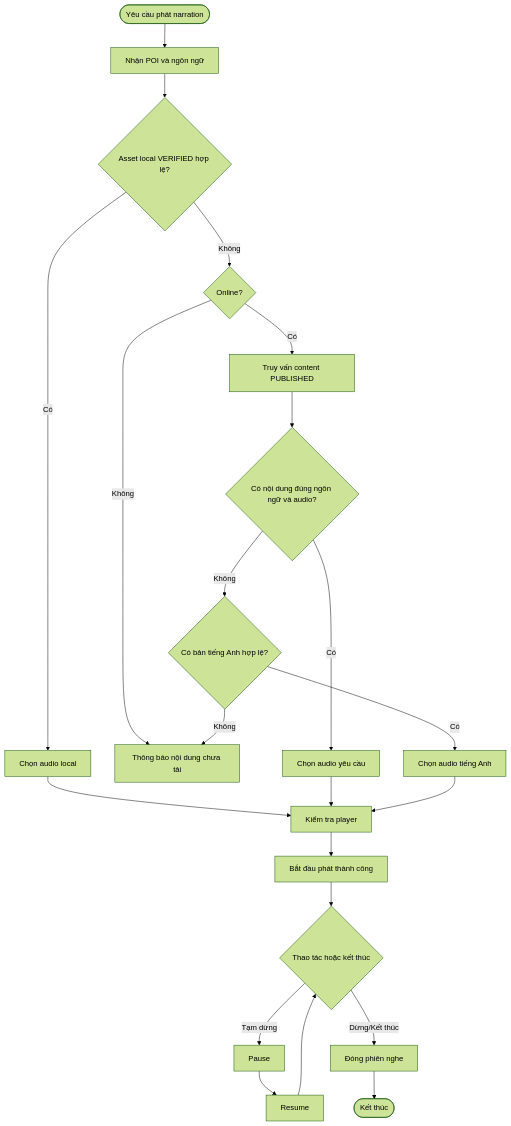
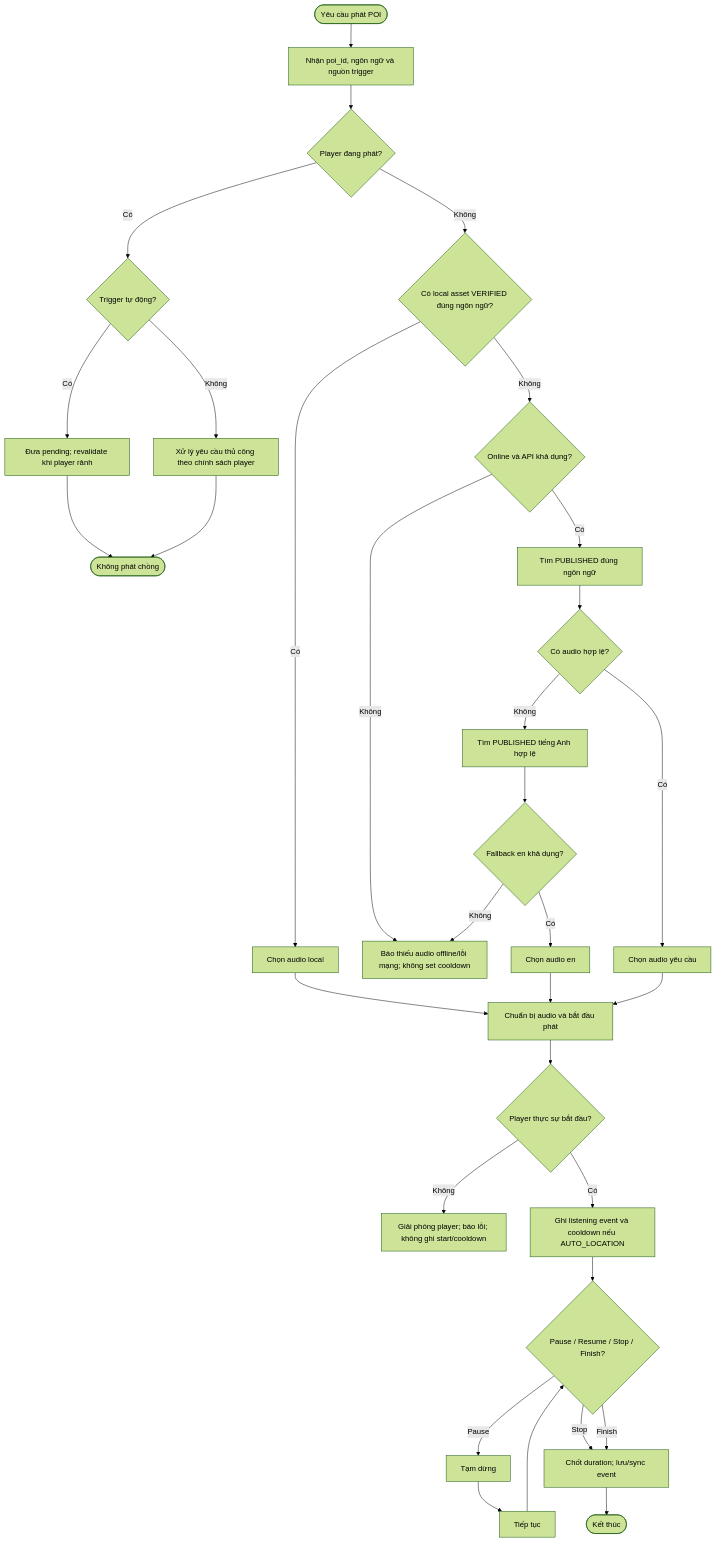
The diagram in docs/use-case/ft-m03-poi-narration-player.md (Ko4rut/multilingual-narration-backend), drawn with Mermaid (forest theme) before and after one commit. The commit also changed other lines of this file, not shown here.

Commit message:
docs(use-case): cover connectivity and failure branches for ft-m03-poi-narration-player

````diff
--- a/docs/use-case/ft-m03-poi-narration-player.md
+++ b/docs/use-case/ft-m03-poi-narration-player.md
@@ -34,21 +37,30 @@
 ```mermaid
 flowchart TD
-    A([Yêu cầu phát narration]) --> B[Nhận POI và ngôn ngữ]
-    B --> C{Asset local VERIFIED hợp lệ?}
-    C -- Có --> D[Chọn audio local]
-    C -- Không --> E{Online?}
-    E -- Không --> X[Thông báo nội dung chưa tải]
-    E -- Có --> F[Truy vấn content PUBLISHED]
-    F --> G{Có nội dung đúng ngôn ngữ và audio?}
-    G -- Có --> H[Chọn audio yêu cầu]
-    G -- Không --> I{Có bản tiếng Anh hợp lệ?}
-    I -- Có --> J[Chọn audio tiếng Anh]
-    I -- Không --> X
-    D --> K[Kiểm tra player]
-    H --> K
-    J --> K
-    K --> L[Bắt đầu phát thành công]
-    L --> M{Thao tác hoặc kết thúc}
-    M -- Tạm dừng --> N[Pause] --> O[Resume] --> M
-    M -- Dừng/Kết thúc --> P[Đóng phiên nghe] --> Q([Kết thúc])
+ A([Yêu cầu phát POI]) --> B[Nhận poi_id, ngôn ngữ và nguồn trigger]
+ B --> C{Player đang phát?}
+ C -- Có --> D{Trigger tự động?}
+ D -- Có --> E[Đưa pending; revalidate khi player rảnh] --> Z([Không phát chồng])
+ D -- Không --> F[Xử lý yêu cầu thủ công theo chính sách player] --> Z
+ C -- Không --> G{Có local asset VERIFIED đúng ngôn ngữ?}
+ G -- Có --> H[Chọn audio local]
+ G -- Không --> I{Online và API khả dụng?}
+ I -- Không --> X[Báo thiếu audio offline/lỗi mạng; không set cooldown]
+ I -- Có --> J[Tìm PUBLISHED đúng ngôn ngữ]
+ J --> K{Có audio hợp lệ?}
+ K -- Không --> L[Tìm PUBLISHED tiếng Anh hợp lệ]
+ L --> M{Fallback en khả dụng?}
+ M -- Không --> X
+ M -- Có --> N[Chọn audio en]
+ K -- Có --> O[Chọn audio yêu cầu]
+ H --> P[Chuẩn bị audio và bắt đầu phát]
+ N --> P
+ O --> P
+ P --> Q{Player thực sự bắt đầu?}
+ Q -- Không --> R[Giải phóng player; báo lỗi; không ghi start/cooldown]
+ Q -- Có --> S[Ghi listening event và cooldown nếu AUTO_LOCATION]
+ S --> T{Pause / Resume / Stop / Finish?}
+ T -- Pause --> U[Tạm dừng] --> V[Tiếp tục] --> T
+ T -- Stop --> W[Chốt duration; lưu/sync event]
+ T -- Finish --> W
+ W --> Y([Kết thúc])
 ```
````
